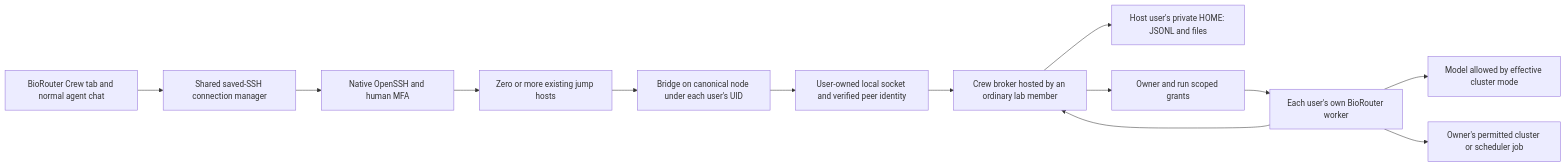
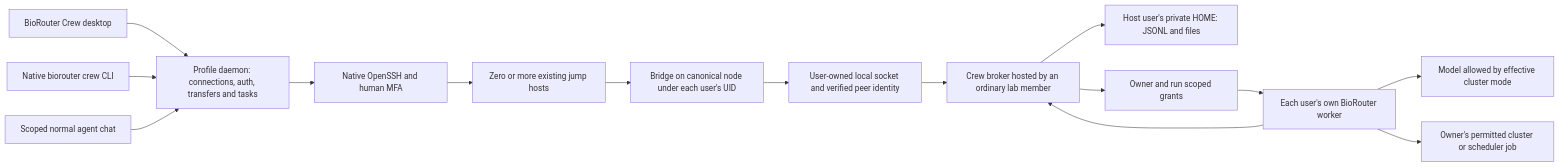
The diagram in docs/research/biorouter-crew/implementation-plan.md (BaranziniLab/biorouter), drawn with Mermaid before and after one commit. The commit also changed other lines of this file and 16 other files, not shown here.

````diff
--- a/docs/research/biorouter-crew/implementation-plan.md
+++ b/docs/research/biorouter-crew/implementation-plan.md
@@ -70,15 +70,17 @@
 ```mermaid
 flowchart LR
-  UI[BioRouter Crew tab and normal agent chat] --> Local[Shared saved-SSH connection manager]
+  UI[BioRouter Crew desktop] --> Local[Profile daemon: connections, auth, transfers and tasks]
+  CLI[Native biorouter crew CLI] --> Local
+  Chat[Scoped normal agent chat] --> Local
   Local --> SSH[Native OpenSSH and human MFA]
   SSH --> Gates[Zero or more existing jump hosts]
   Gates --> Bridge[Bridge on canonical node under each user's UID]
   Bridge --> UDS[User-owned local socket and verified peer identity]
   UDS --> Broker[Crew broker hosted by an ordinary lab member]
   Broker --> Store[Host user's private HOME: JSONL and files]
   Broker --> Grant[Owner and run scoped grants]
   Grant --> Worker[Each user's own BioRouter worker]
   Worker --> Model[Model allowed by effective cluster mode]
   Worker --> Job[Owner's permitted cluster or scheduler job]
   Worker --> Broker
 ```
````
